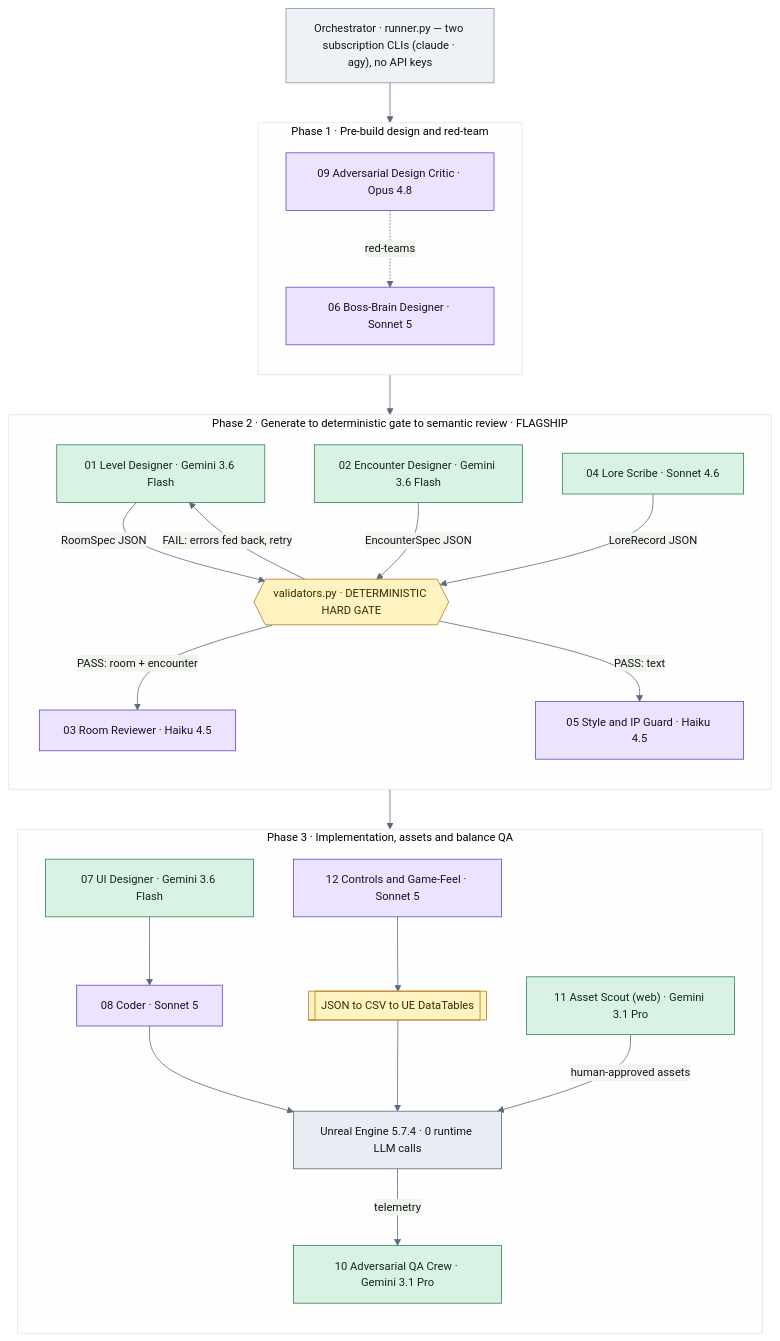
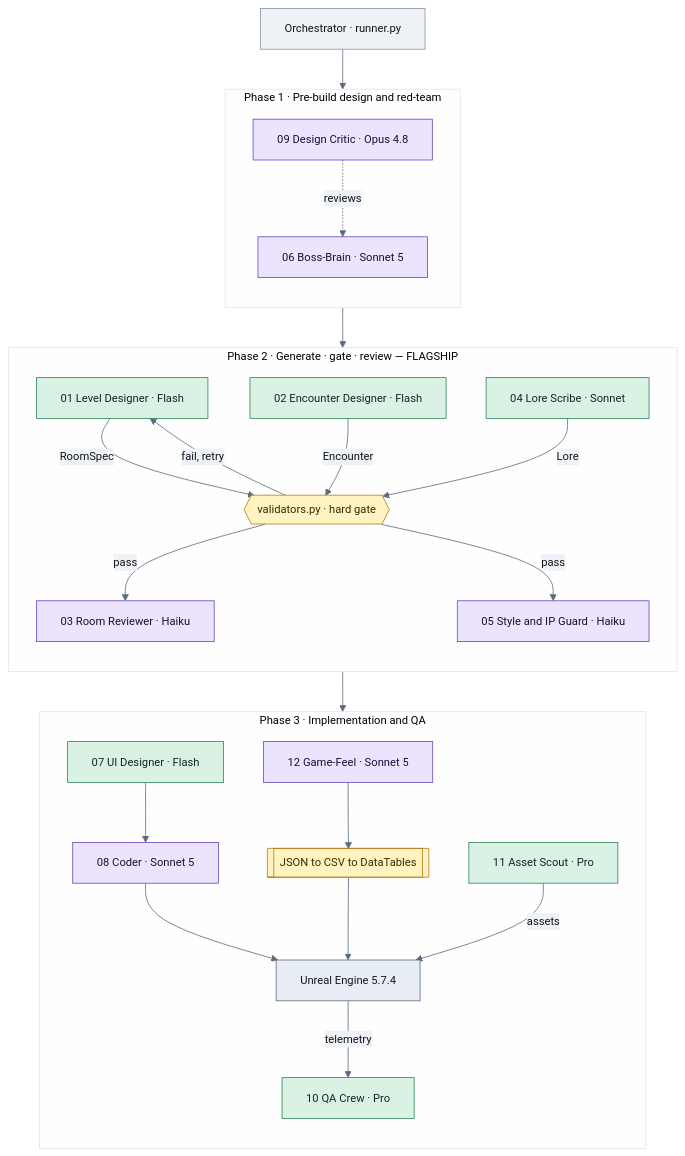
Before and after one commit to adriangarciaestrada/Echoes-ELVTR: the diagram in assignment-03-agent-crew/README.md, drawn with Mermaid.

Commit message:
docs: shorten diagram labels and lighten edge-label boxes
Shorten node labels (Orchestrator and per-agent) so long text no longer
overflows its box, and set a light edgeLabelBackground so the arrow labels
are legible instead of inheriting a dark theme colour.

````diff
--- a/assignment-03-agent-crew/README.md
+++ b/assignment-03-agent-crew/README.md
@@ -54,54 +54,54 @@
 ```mermaid
-%%{init: {'theme':'base','themeVariables':{'background':'#ffffff','primaryColor':'#eef1f5','primaryTextColor':'#12161c','primaryBorderColor':'#8a94a3','lineColor':'#5b6b7e','fontSize':'14px'}}}%%
+%%{init: {'theme':'base','themeVariables':{'background':'#ffffff','primaryColor':'#eef1f5','primaryTextColor':'#12161c','primaryBorderColor':'#8a94a3','lineColor':'#5b6b7e','edgeLabelBackground':'#eef1f5','fontSize':'14px','fontFamily':'system-ui, -apple-system, Segoe UI, Roboto, sans-serif'}}}%%
 flowchart TD
-    ORCH["Orchestrator · runner.py — two subscription CLIs (claude · agy), no API keys"]:::orch
+    ORCH["Orchestrator · runner.py"]:::orch
     ORCH --> P1
 
     subgraph P1["Phase 1 · Pre-build design and red-team"]
         direction TB
-        A09["09 Adversarial Design Critic · Opus 4.8"]:::claude
-        A06["06 Boss-Brain Designer · Sonnet 5"]:::claude
-        A09 -.red-teams.-> A06
+        A09["09 Design Critic · Opus 4.8"]:::claude
+        A06["06 Boss-Brain · Sonnet 5"]:::claude
+        A09 -.reviews.-> A06
     end
     P1 --> P2
 
-    subgraph P2["Phase 2 · Generate to deterministic gate to semantic review · FLAGSHIP"]
+    subgraph P2["Phase 2 · Generate · gate · review — FLAGSHIP"]
         direction TB
-        A01["01 Level Designer · Gemini 3.6 Flash"]:::gemini
-        A02["02 Encounter Designer · Gemini 3.6 Flash"]:::gemini
-        A04["04 Lore Scribe · Sonnet 4.6"]:::gemini
-        GATE{{"validators.py · DETERMINISTIC HARD GATE"}}:::gate
-        A03["03 Room Reviewer · Haiku 4.5"]:::claude
-        A05["05 Style and IP Guard · Haiku 4.5"]:::claude
-        A01 -->|RoomSpec JSON| GATE
-        A02 -->|EncounterSpec JSON| GATE
-        A04 -->|LoreRecord JSON| GATE
-        GATE -->|FAIL: errors fed back, retry| A01
-        GATE -->|PASS: room + encounter| A03
-        GATE -->|PASS: text| A05
+        A01["01 Level Designer · Flash"]:::gemini
+        A02["02 Encounter Designer · Flash"]:::gemini
+        A04["04 Lore Scribe · Sonnet"]:::gemini
+        GATE{{"validators.py · hard gate"}}:::gate
+        A03["03 Room Reviewer · Haiku"]:::claude
+        A05["05 Style and IP Guard · Haiku"]:::claude
+        A01 -->|RoomSpec| GATE
+        A02 -->|Encounter| GATE
+        A04 -->|Lore| GATE
+        GATE -->|fail, retry| A01
+        GATE -->|pass| A03
+        GATE -->|pass| A05
     end
     P2 --> P3
 
-    subgraph P3["Phase 3 · Implementation, assets and balance QA"]
+    subgraph P3["Phase 3 · Implementation and QA"]
         direction TB
-        A12["12 Controls and Game-Feel · Sonnet 5"]:::claude
-        A07["07 UI Designer · Gemini 3.6 Flash"]:::gemini
+        A12["12 Game-Feel · Sonnet 5"]:::claude
+        A07["07 UI Designer · Flash"]:::gemini
         A08["08 Coder · Sonnet 5"]:::claude
-        A11["11 Asset Scout (web) · Gemini 3.1 Pro"]:::gemini
-        A10["10 Adversarial QA Crew · Gemini 3.1 Pro"]:::gemini
-        SEAM[["JSON to CSV to UE DataTables"]]:::gate
-        UE["Unreal Engine 5.7.4 · 0 runtime LLM calls"]:::engine
+        A11["11 Asset Scout · Pro"]:::gemini
+        A10["10 QA Crew · Pro"]:::gemini
+        SEAM[["JSON to CSV to DataTables"]]:::gate
+        UE["Unreal Engine 5.7.4"]:::engine
         A07 --> A08
         A12 --> SEAM
         A08 --> UE
         SEAM --> UE
-        A11 -->|human-approved assets| UE
+        A11 -->|assets| UE
         UE -->|telemetry| A10
     end
 
     classDef orch   fill:#eef1f5,stroke:#8a94a3,color:#12161c;
     classDef engine fill:#e7edf3,stroke:#5b6b7e,color:#12161c;
     classDef claude fill:#ece3ff,stroke:#6b46c1,color:#1a1030;
     classDef gemini fill:#d9f2e3,stroke:#2f855a,color:#0f2a1c;
     classDef gate   fill:#fff3bf,stroke:#b7791f,color:#3a2a05;
 ```
````
